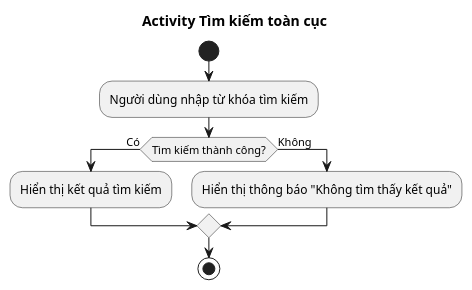
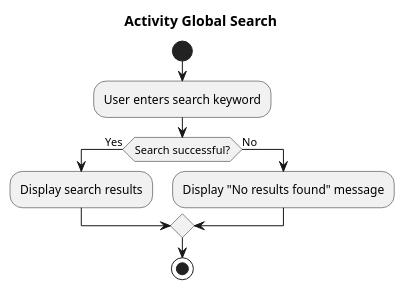
One commit to quynhnhu-172002/SE357-Pratice-class changed the diagram in LAB 1/Lab 1.2/Activity/Global Seach.md. Above: the diagram before and after it, drawn with PlantUML.

Commit message:
Update Global Seach.md

```diff
--- a/LAB 1/Lab 1.2/Activity/Global Seach.md
+++ b/LAB 1/Lab 1.2/Activity/Global Seach.md
@@ -1,12 +1,13 @@
-@startuml
-title Activity Tìm kiếm toàn cục
+@startuml Activity_GlobalSearch
+
+title Activity Global Search
 
 start
-:Người dùng nhập từ khóa tìm kiếm;
-if (Tìm kiếm thành công?) then (Có)
-  :Hiển thị kết quả tìm kiếm;
-else (Không)
-  :Hiển thị thông báo "Không tìm thấy kết quả";
+:User enters search keyword;
+if (Search successful?) then (Yes)
+  :Display search results;
+else (No)
+  :Display "No results found" message;
 endif
 stop
 @enduml
```
